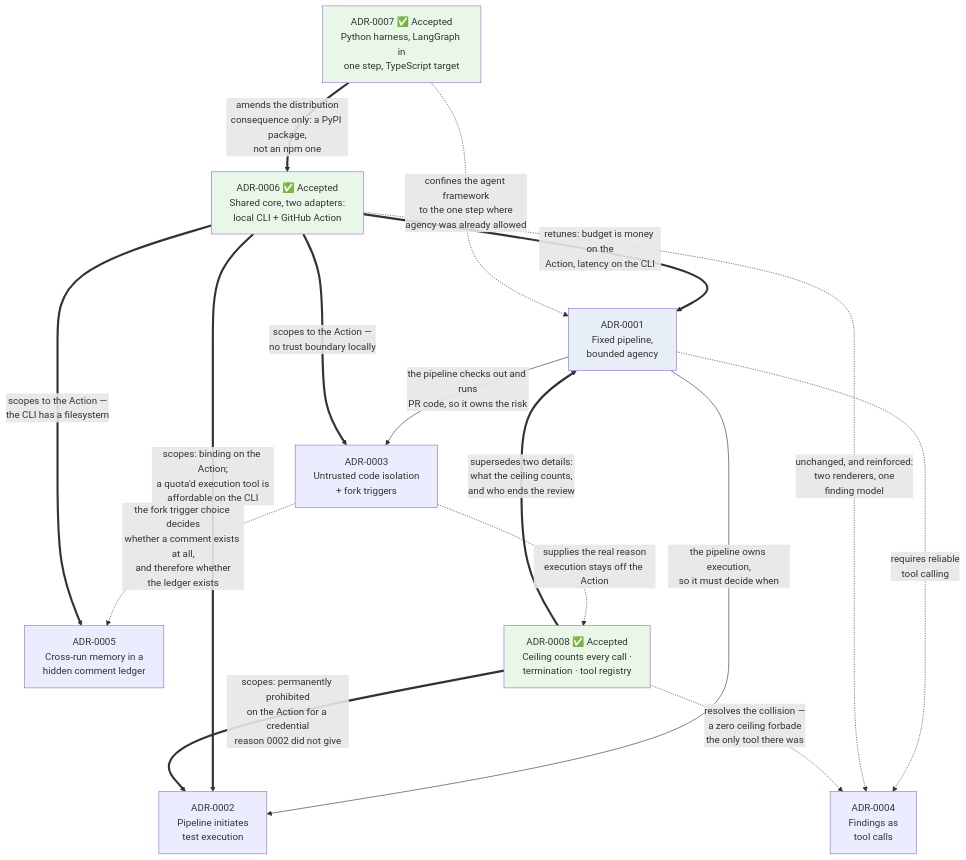
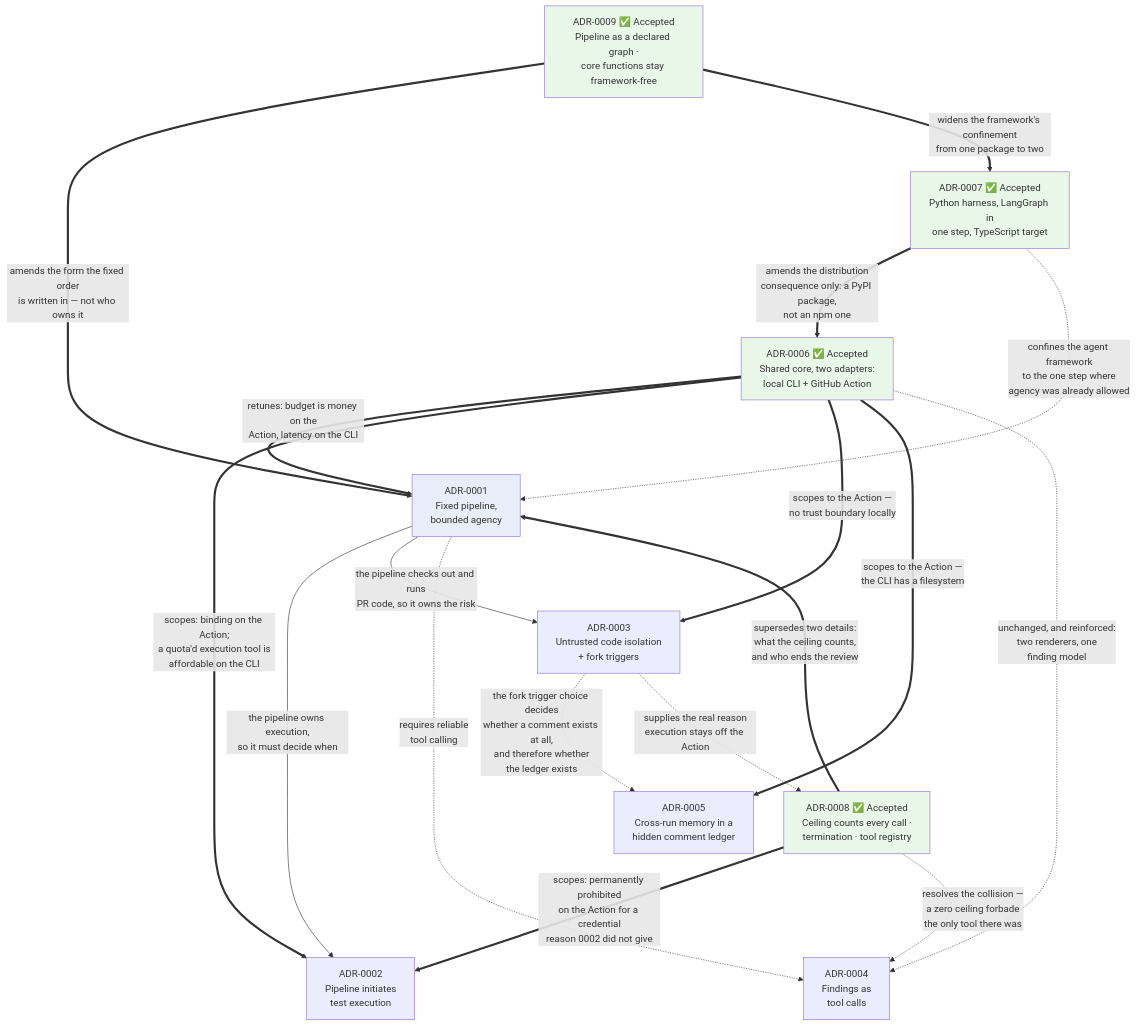
One commit to nhahub/NHA-5-285 changed the diagram in Docs/adr/README.md. Above: the diagram before and after it, drawn with Mermaid. The commit also changed other lines of this file and 7 other files, not shown here.

First line of the commit message:
feat(pipeline): declare the review pipeline as a graph (ADR-0009)

````diff
--- a/Docs/adr/README.md
+++ b/Docs/adr/README.md
@@ -22,35 +23,40 @@
 ```mermaid
 flowchart TD
     F["ADR-0006 ✅ Accepted<br/>Shared core, two adapters:<br/>local CLI + GitHub Action"]
     A["ADR-0001<br/>Fixed pipeline,<br/>bounded agency"]
     B["ADR-0002<br/>Pipeline initiates<br/>test execution"]
     C["ADR-0003<br/>Untrusted code isolation<br/>+ fork triggers"]
     D["ADR-0004<br/>Findings as<br/>tool calls"]
     E["ADR-0005<br/>Cross-run memory in a<br/>hidden comment ledger"]
     G["ADR-0007 ✅ Accepted<br/>Python harness, LangGraph in<br/>one step, TypeScript target"]
     H["ADR-0008 ✅ Accepted<br/>Ceiling counts every call ·<br/>termination · tool registry"]
+    I["ADR-0009 ✅ Accepted<br/>Pipeline as a declared graph ·<br/>core functions stay framework-free"]
 
     A -->|"the pipeline owns execution,<br/>so it must decide when"| B
     A -->|"the pipeline checks out and runs<br/>PR code, so it owns the risk"| C
     A -.->|"requires reliable<br/>tool calling"| D
     C -.->|"the fork trigger choice decides<br/>whether a comment exists at all,<br/>and therefore whether<br/>the ledger exists"| E
 
     F ==>|"retunes: budget is money on the<br/>Action, latency on the CLI"| A
     F ==>|"scopes: binding on the Action;<br/>a quota'd execution tool is<br/>affordable on the CLI"| B
     F ==>|"scopes to the Action —<br/>no trust boundary locally"| C
     F ==>|"scopes to the Action —<br/>the CLI has a filesystem"| E
     F -.->|"unchanged, and reinforced:<br/>two renderers, one<br/>finding model"| D
 
     G ==>|"amends the distribution<br/>consequence only: a PyPI package,<br/>not an npm one"| F
     G -.->|"confines the agent framework<br/>to the one step where<br/>agency was already allowed"| A
 
     H ==>|"supersedes two details:<br/>what the ceiling counts,<br/>and who ends the review"| A
     H ==>|"scopes: permanently prohibited<br/>on the Action for a credential<br/>reason 0002 did not give"| B
     H -.->|"resolves the collision —<br/>a zero ceiling forbade<br/>the only tool there was"| D
     C -.->|"supplies the real reason<br/>execution stays off the Action"| H
 
+    I ==>|"amends the form the fixed order<br/>is written in — not who owns it"| A
+    I ==>|"widens the framework's confinement<br/>from one package to two"| G
+
     style F fill:#e8f7e8
     style G fill:#e8f7e8
     style H fill:#e8f7e8
+    style I fill:#e8f7e8
     style A fill:#e8eef7
 ```
````
